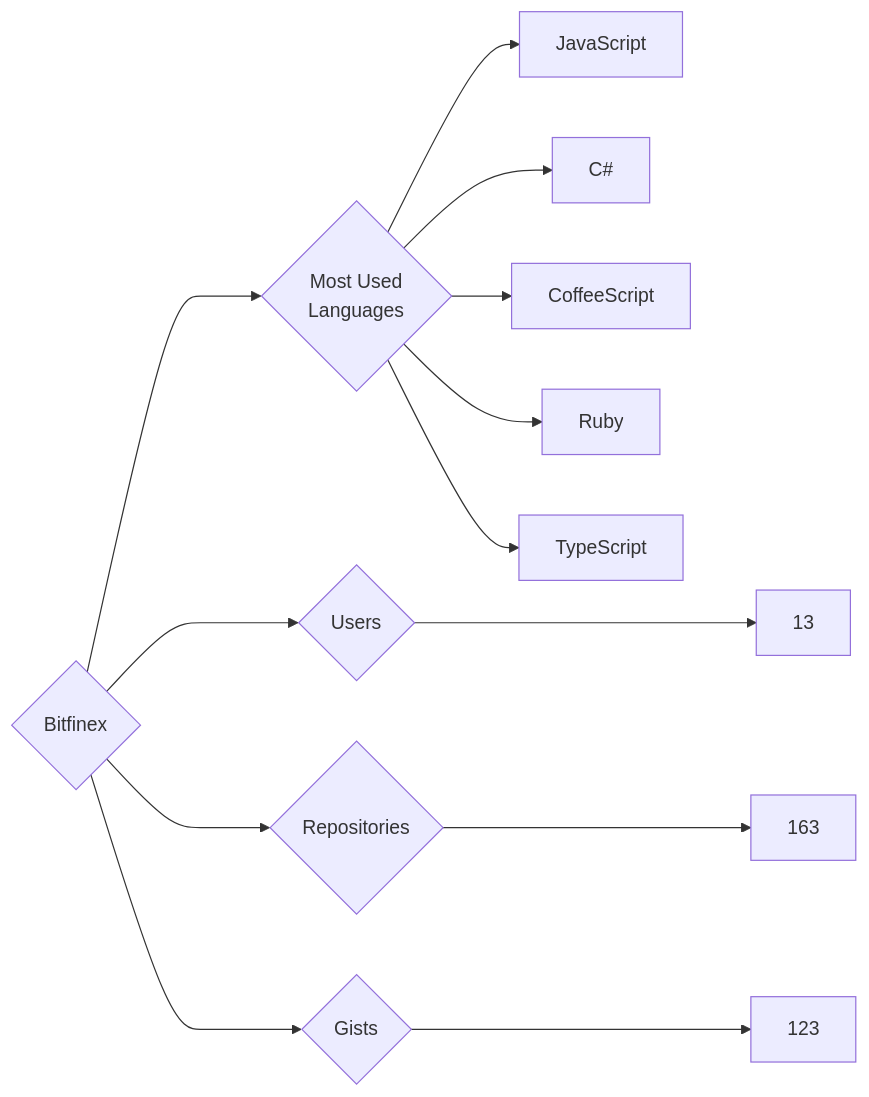
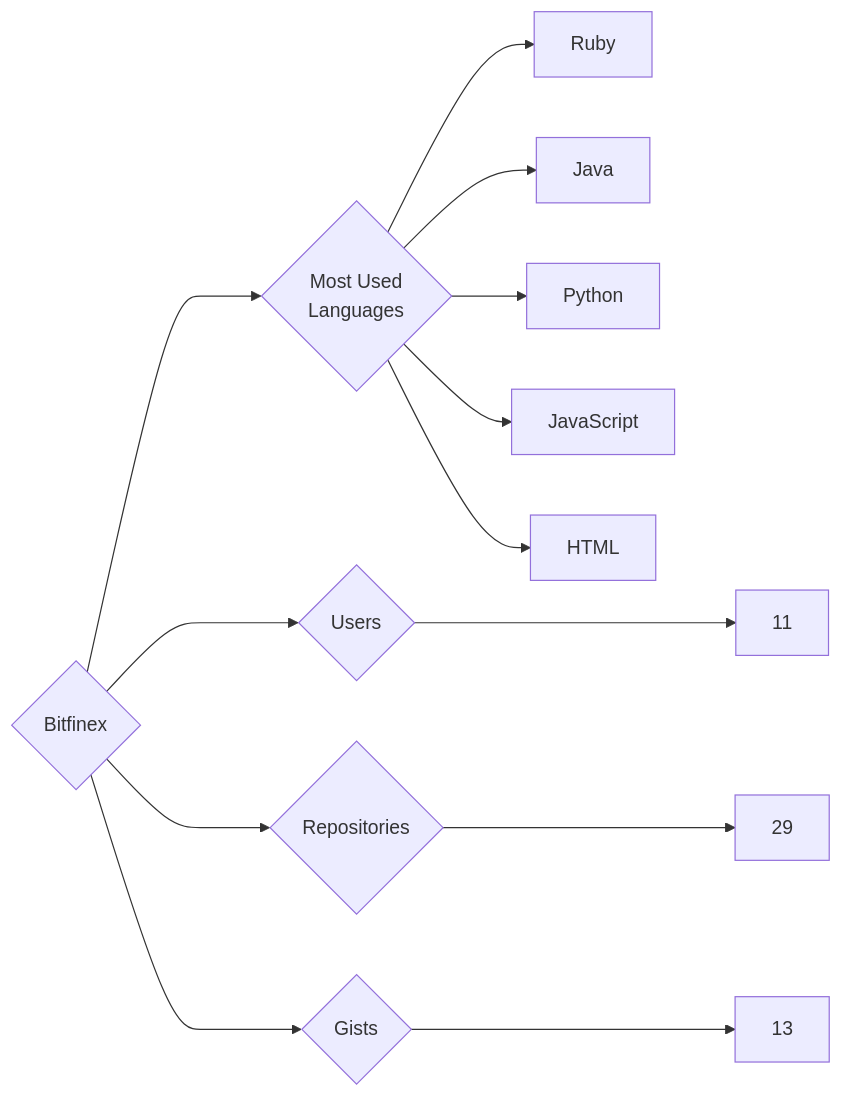
One commit to trickest/insiders changed the diagram in targets/Bitfinex/README.md. Above: the diagram before and after it, drawn with Mermaid. The commit also changed 1120 other files, not shown here.

````diff
--- a/targets/Bitfinex/README.md
+++ b/targets/Bitfinex/README.md
@@ -3,13 +3,13 @@
 ```mermaid
 graph LR
 COMPANY_NAME{Bitfinex}
-COMPANY_NAME ---> U{Users} ---> UN[13]
-COMPANY_NAME ---> R{Repositories} ---> RN[163]
-COMPANY_NAME ---> G{Gists} ---> GN[123]
+COMPANY_NAME ---> U{Users} ---> UN[11]
+COMPANY_NAME ---> R{Repositories} ---> RN[29]
+COMPANY_NAME ---> G{Gists} ---> GN[13]
 COMPANY_NAME ---> ML{Most Used<br>Languages}
+ML --> Ruby[Ruby]
+ML --> Java[Java]
+ML --> Python[Python]
 ML --> JavaScript[JavaScript]
-ML --> C#[C#]
-ML --> CoffeeScript[CoffeeScript]
-ML --> Ruby[Ruby]
-ML --> TypeScript[TypeScript]
+ML --> HTML[HTML]
 ```
````
